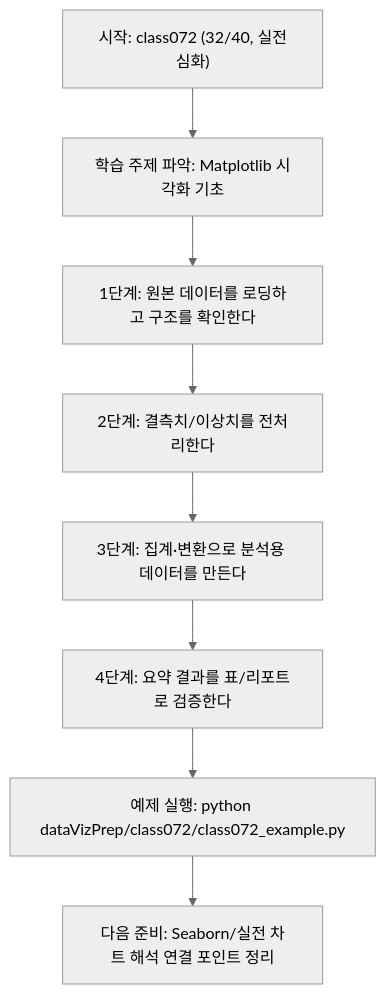
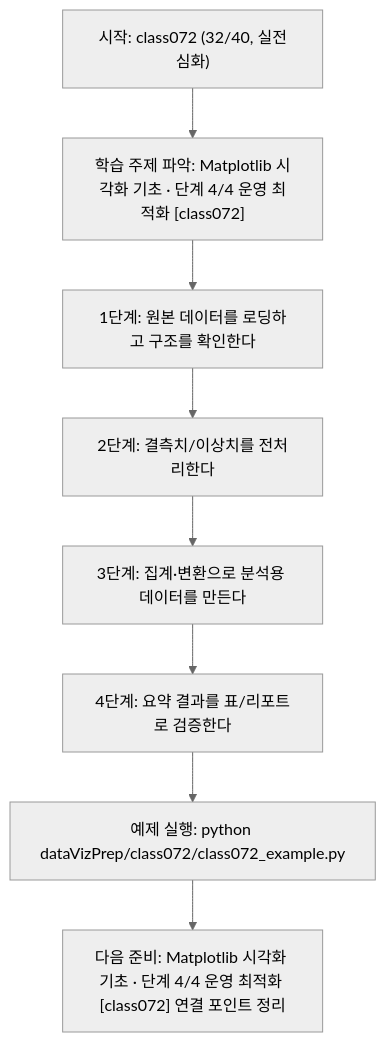
Before and after one commit to edumgt/Python-AI_Agent-Class: the diagram in dataVizPrep/class072/class072.md, drawn with Mermaid (neutral theme). The commit also changed other lines of this file and 522 other files, not shown here.

````diff
--- a/dataVizPrep/class072/class072.md
+++ b/dataVizPrep/class072/class072.md
@@ -110,18 +111,18 @@
 ```mermaid
 flowchart TD
 N1["시작: class072 (32/40, 실전심화)"]
-N2["학습 주제 파악: Matplotlib 시각화 기초"]
+N2["학습 주제 파악: Matplotlib 시각화 기초 · 단계 4/4 운영 최적화 [class072]"]
 N3["1단계: 원본 데이터를 로딩하고 구조를 확인한다"]
 N4["2단계: 결측치/이상치를 전처리한다"]
 N5["3단계: 집계·변환으로 분석용 데이터를 만든다"]
 N6["4단계: 요약 결과를 표/리포트로 검증한다"]
 N7["예제 실행: python dataVizPrep/class072/class072_example.py"]
-N8["다음 준비: Seaborn/실전 차트 해석 연결 포인트 정리"]
+N8["다음 준비: Matplotlib 시각화 기초 · 단계 4/4 운영 최적화 [class072] 연결 포인트 정리"]
 N1 --> N2
 N2 --> N3
 N3 --> N4
 N4 --> N5
 N5 --> N6
 N6 --> N7
 N7 --> N8
 ```
````
